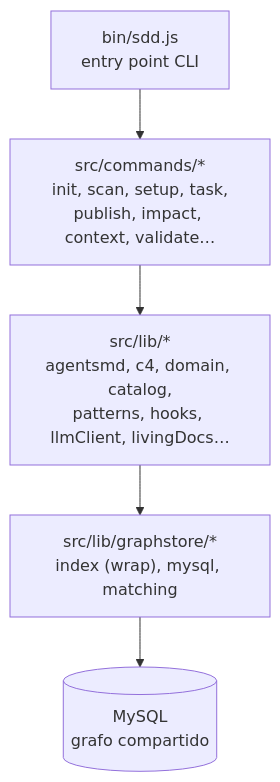
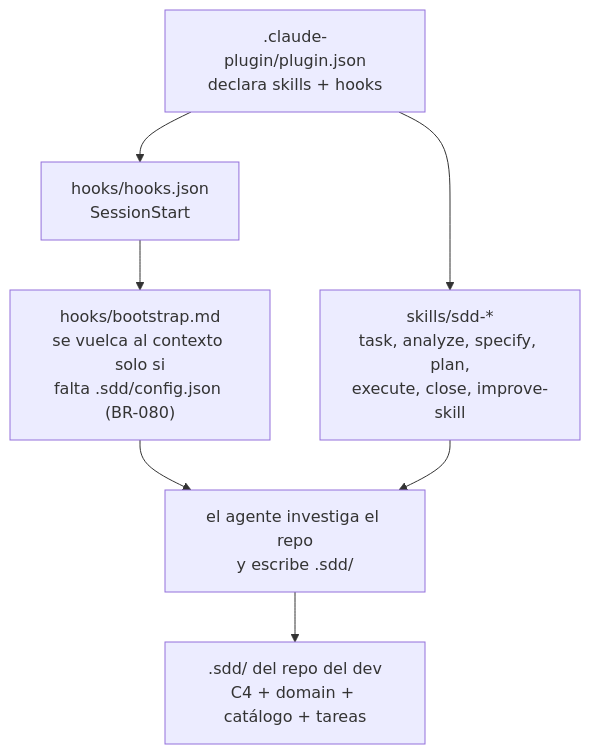
The first of 2 diagrams in .sdd/c4/components.md (ezepaskana/sddkit), drawn with Mermaid before and after one commit. The commit also changed other lines of this file and 180 other files, not shown here.

First line of the commit message:
feat(plugin)!: distribuir sddkit como plugin de Claude Code, sin CLI

````diff
--- a/.sdd/c4/components.md
+++ b/.sdd/c4/components.md
@@ -11,7 +12,9 @@
 ```mermaid
 flowchart TD
-  bin["bin/sdd.js<br/>entry point CLI"] --> commands["src/commands/*<br/>init, scan, setup, task,<br/>publish, impact, context, validate…"]
-  commands --> lib["src/lib/*<br/>agentsmd, c4, domain, catalog,<br/>patterns, hooks, llmClient, livingDocs…"]
-  lib --> graphstore["src/lib/graphstore/*<br/>index (wrap), mysql, matching"]
-  graphstore --> mysql[("MySQL<br/>grafo compartido")]
+  manifest[".claude-plugin/plugin.json<br/>declara skills + hooks"] --> skills["skills/sdd-*<br/>task, analyze, specify, plan,<br/>execute, close, improve-skill"]
+  manifest --> hooks["hooks/hooks.json<br/>SessionStart"]
+  hooks --> boot["hooks/bootstrap.md<br/>se vuelca al contexto solo si<br/>falta .sdd/config.json (BR-080)"]
+  boot --> agente["el agente investiga el repo<br/>y escribe .sdd/"]
+  skills --> agente
+  agente --> estado[".sdd/ del repo del dev<br/>C4 + domain + catálogo + tareas"]
 ```
````
